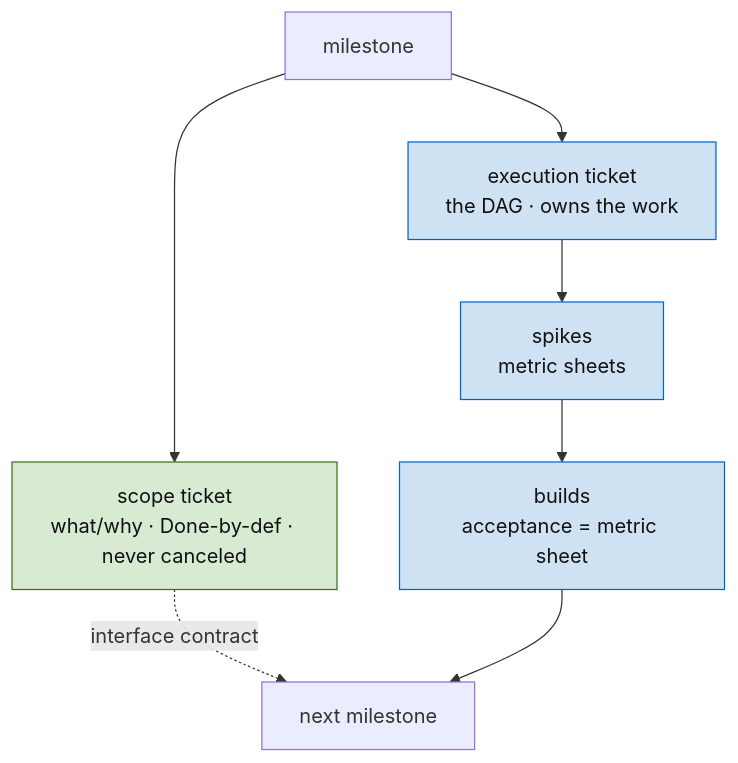
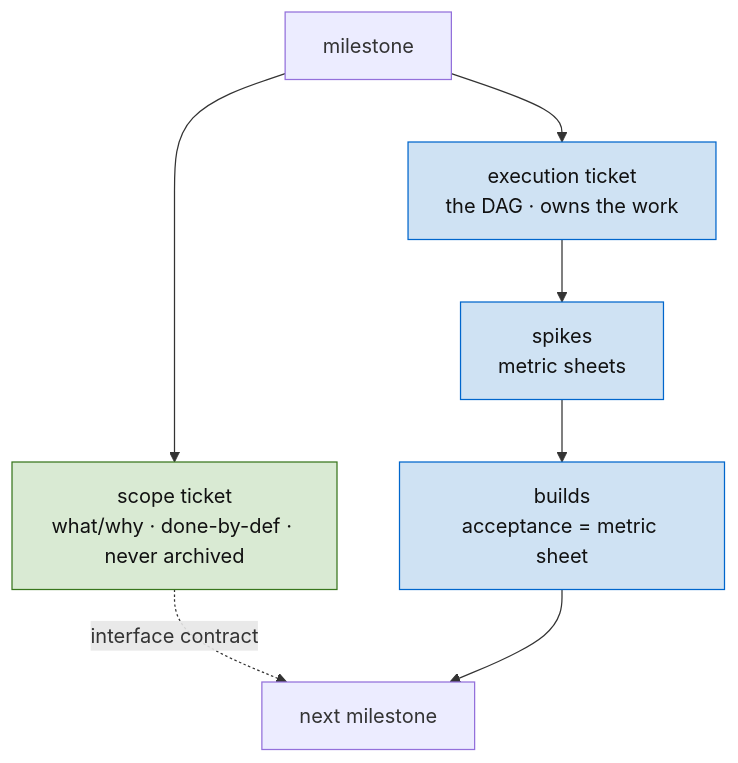
One commit to hypermemetic-ai/skills changed the second of 2 diagrams in skills/planning/SKILL.md. Above: the diagram before and after it, drawn with Mermaid. The commit also changed other lines of this file and 19 other files, not shown here.

````diff
--- a/skills/planning/SKILL.md
+++ b/skills/planning/SKILL.md
@@ -203,13 +203,13 @@
 ```mermaid
 graph TD
-  MIL["milestone"] --> SCOPE["scope ticket<br/>what/why · Done-by-def · never canceled"]
+  MIL["milestone"] --> SCOPE["scope ticket<br/>what/why · done-by-def · never archived"]
   MIL --> EXEC["execution ticket<br/>the DAG · owns the work"]
   EXEC --> SPK["spikes<br/>metric sheets"]
   SPK --> BLD["builds<br/>acceptance = metric sheet"]
   SCOPE -.->|"interface contract"| NEXT["next milestone"]
   BLD --> NEXT
   classDef canon fill:#d9ead3,stroke:#38761d,color:#111;
   classDef ex fill:#cfe2f3,stroke:#0066cc,color:#111;
   class SCOPE canon;
   class EXEC,SPK,BLD ex;
 ```
````
